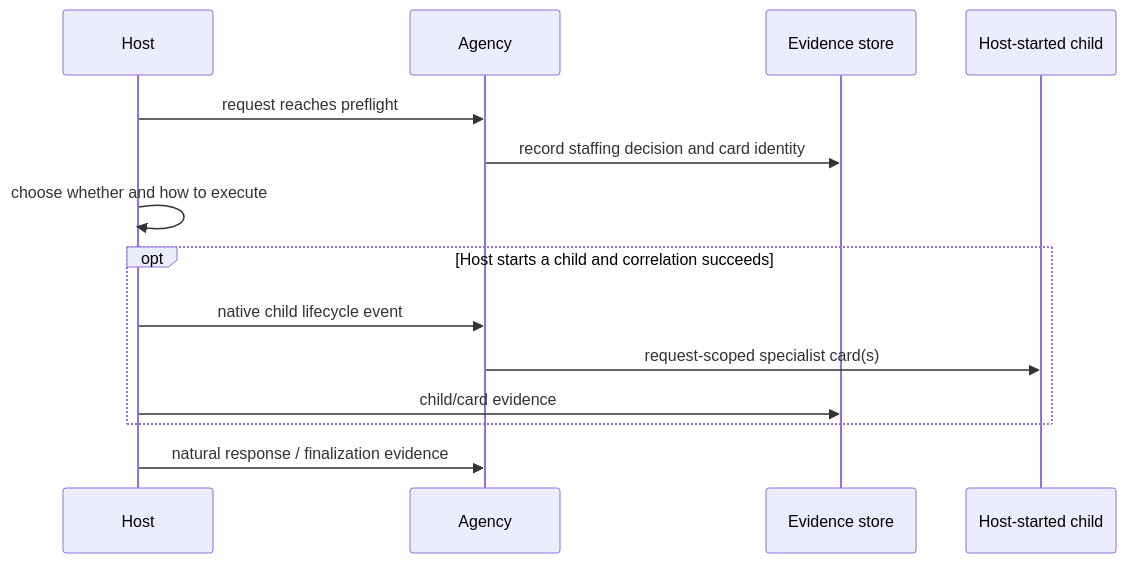
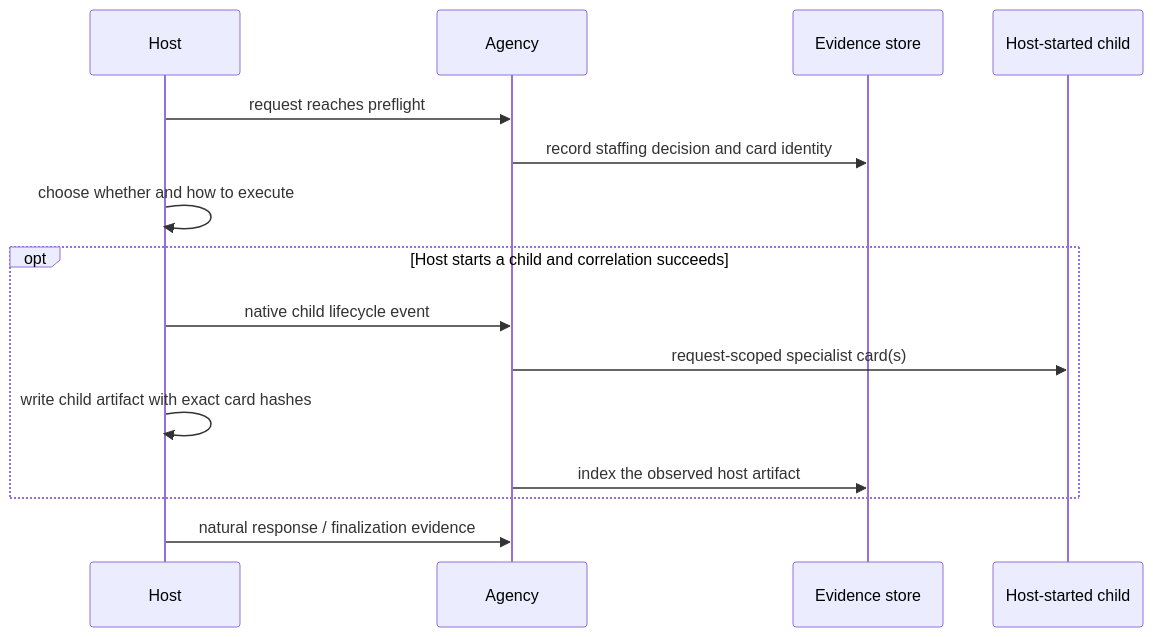
Before and after one commit to Holeshot-Software-LLC/agency-runtime: the second of 2 diagrams in README.md, drawn with Mermaid. The commit also changed other lines of this file and 66 other files, not shown here.

````diff
--- a/README.md
+++ b/README.md
@@ -213,16 +232,17 @@
 ```mermaid
 sequenceDiagram
     participant Host
     participant Agency
     participant Store as Evidence store
     participant Child as Host-started child
     Host->>Agency: request reaches preflight
     Agency->>Store: record staffing decision and card identity
     Host->>Host: choose whether and how to execute
     opt Host starts a child and correlation succeeds
         Host->>Agency: native child lifecycle event
         Agency->>Child: request-scoped specialist card(s)
-        Host->>Store: child/card evidence
+        Host->>Host: write child artifact with exact card hashes
+        Agency->>Store: index the observed host artifact
     end
     Host->>Agency: natural response / finalization evidence
 ```
````
